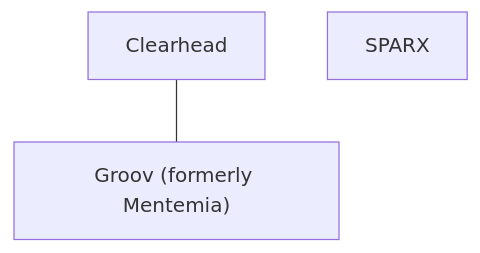
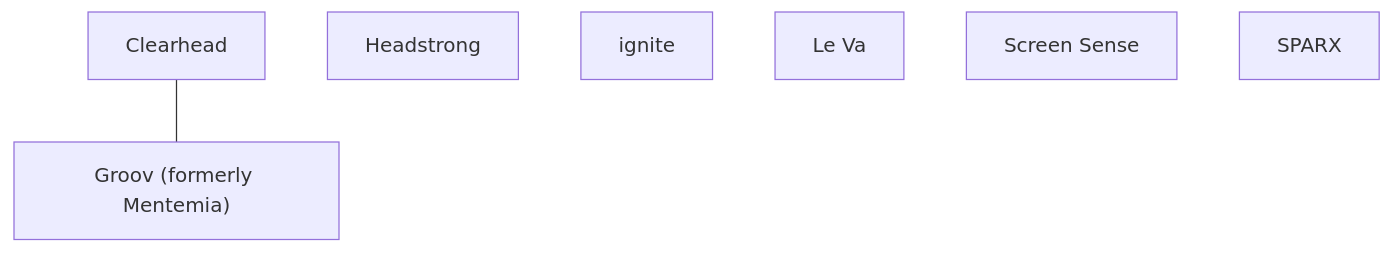
Before and after one commit to olitreadwell/nz-tech-for-good: diagram 17 of 24 in GUIDE.md, drawn with Mermaid. The commit also changed other lines of this file and 16 other files, not shown here.

````diff
--- a/GUIDE.md
+++ b/GUIDE.md
@@ -328,7 +356,11 @@
 ```mermaid
 flowchart TD
     n_Clearhead["Clearhead"]
     n_GroovformerlyMentemia["Groov (formerly Mentemia)"]
+    n_Headstrong["Headstrong"]
+    n_ignite["ignite"]
+    n_LeVa["Le Va"]
+    n_ScreenSense["Screen Sense"]
     n_SPARX["SPARX"]
     n_Clearhead --- n_GroovformerlyMentemia
 ```
````
